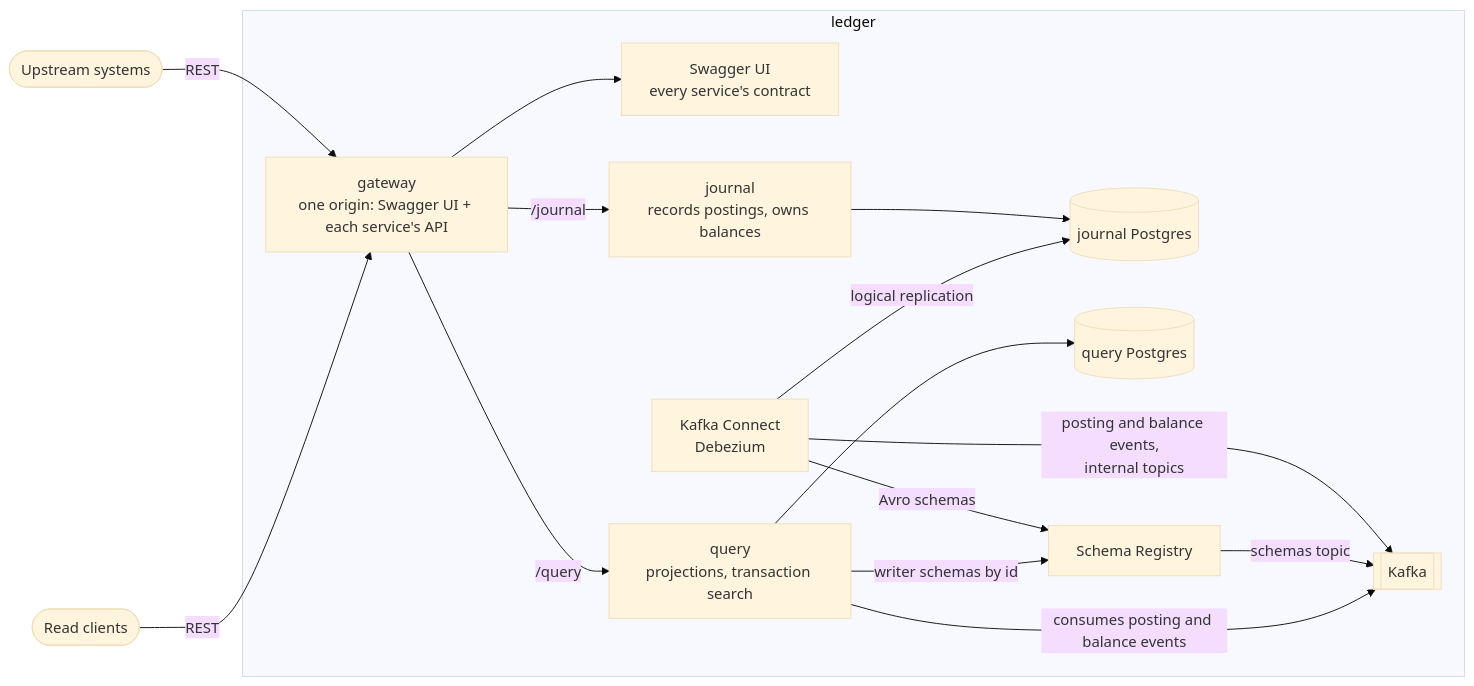
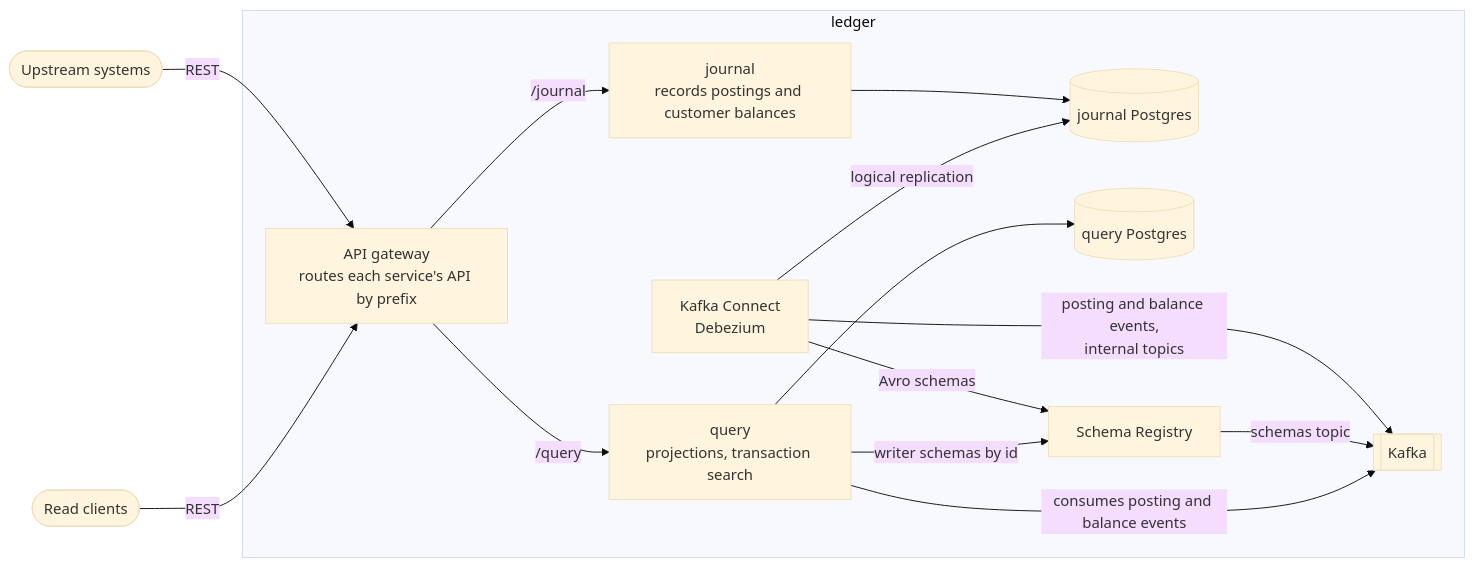
Before and after one commit to apulbere/ledger: the diagram in docs/architecture/containers.md, drawn with Mermaid (base theme).

Commit message:
Generic gateway and clearer journal label in the container diagram

````diff
--- a/docs/architecture/containers.md
+++ b/docs/architecture/containers.md
@@ -5,29 +5,27 @@
 ```mermaid
 flowchart LR
     upstream([Upstream systems])
     readers([Read clients])
     subgraph ledger
-        gateway[gateway<br/>one origin: Swagger UI + each service's API]
-        swagger[Swagger UI<br/>every service's contract]
-        journal[journal<br/>records postings, owns balances]
+        gateway[API gateway<br/>routes each service's API by prefix]
+        journal[journal<br/>records postings and customer balances]
         query[query<br/>projections, transaction search]
         journaldb[(journal Postgres)]
         querydb[(query Postgres)]
         connect[Kafka Connect<br/>Debezium]
         kafka[[Kafka]]
         registry[Schema Registry]
     end
     upstream -- "REST" --> gateway
     readers -- "REST" --> gateway
-    gateway --> swagger
     gateway -- "/journal" --> journal
     gateway -- "/query" --> query
     journal --> journaldb
     connect -- "logical replication" --> journaldb
     connect -- "posting and balance events,<br/>internal topics" --> kafka
     connect -- "Avro schemas" --> registry
     registry -- "schemas topic" --> kafka
     query -- "consumes posting and balance events" --> kafka
     query -- "writer schemas by id" --> registry
     query --> querydb
 ```
````
